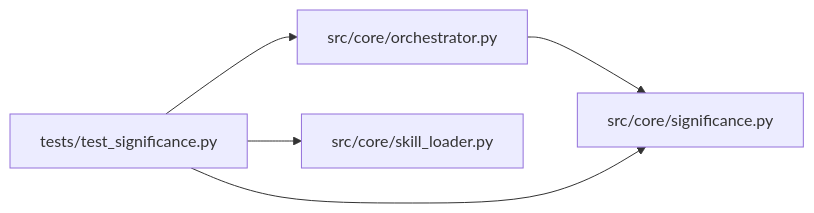
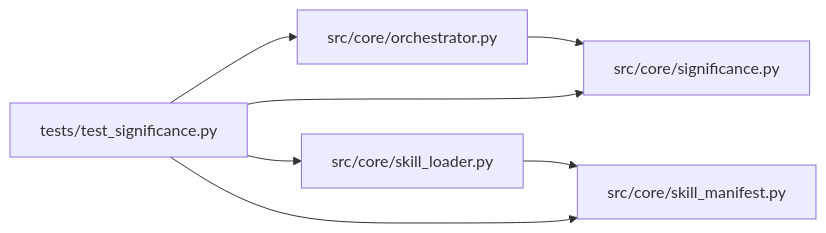
Before and after one commit to Denissvgn/autoresearch-agent: the diagram in docs/llm_wiki/modules/test_significance.md, drawn with Mermaid. The commit also changed other lines of this file and 1033 other files, not shown here.

````diff
--- a/docs/llm_wiki/modules/test_significance.md
+++ b/docs/llm_wiki/modules/test_significance.md
@@ -33,15 +34,19 @@
 ```mermaid
 flowchart LR
     n0["src/core/orchestrator.py"]
     n1["src/core/significance.py"]
     n2["src/core/skill_loader.py"]
-    n3["tests/test_significance.py"]
+    n3["src/core/skill_manifest.py"]
+    n4["tests/test_significance.py"]
     n0 --> n1
-    n3 --> n0
-    n3 --> n1
-    n3 --> n2
+    n2 --> n3
+    n4 --> n0
+    n4 --> n1
+    n4 --> n2
+    n4 --> n3
     click n0 "../modules/orchestrator.md"
     click n1 "../modules/significance.md"
     click n2 "../modules/skill_loader.md"
-    click n3 "../modules/test_significance.md"
+    click n3 "../modules/skill_manifest.md"
+    click n4 "../modules/test_significance.md"
 ```
````
